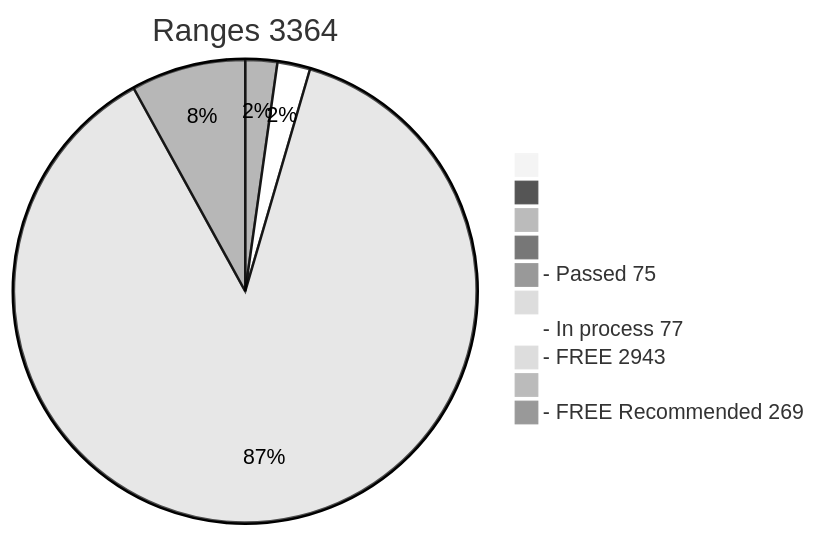
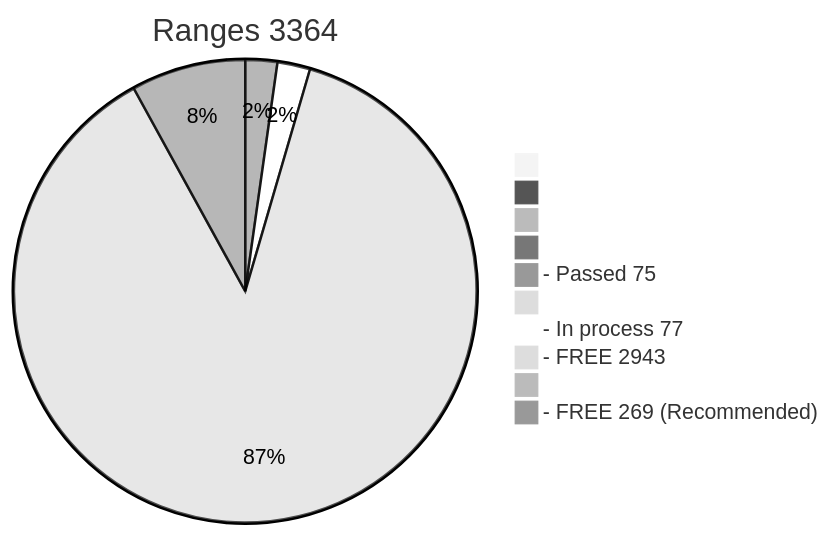
Before and after one commit to phrutis/wif500: the diagram in x64/Release/table.md, drawn with Mermaid (neutral theme).

````diff
--- a/x64/Release/table.md
+++ b/x64/Release/table.md
@@ -3,14 +3,13 @@
 ```mermaid
 pie title Ranges 3364
   " " : 0
   "  " : 0
   "   " : 0
   "    " : 0
   "- Passed 75" : 75
   "     " : 0
   "- In process 77" : 77
   "- FREE 2943" : 2943
   "      " : 1
-  "- FREE Recommended 269" : 269
-  
+  "- FREE 269 (Recommended)" : 269
 ```
````
